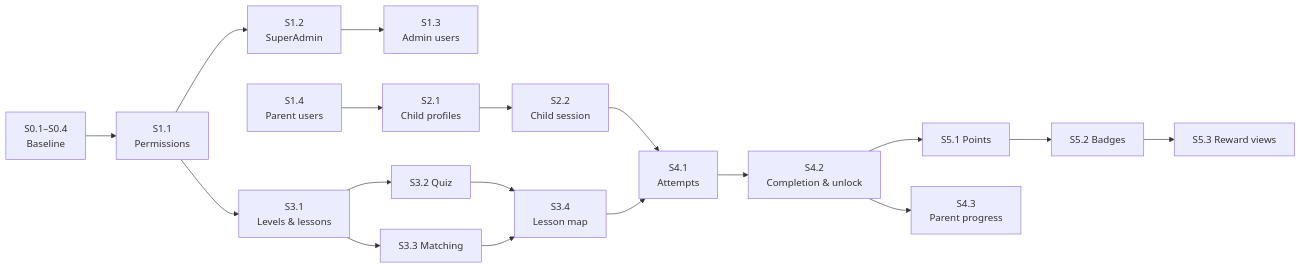
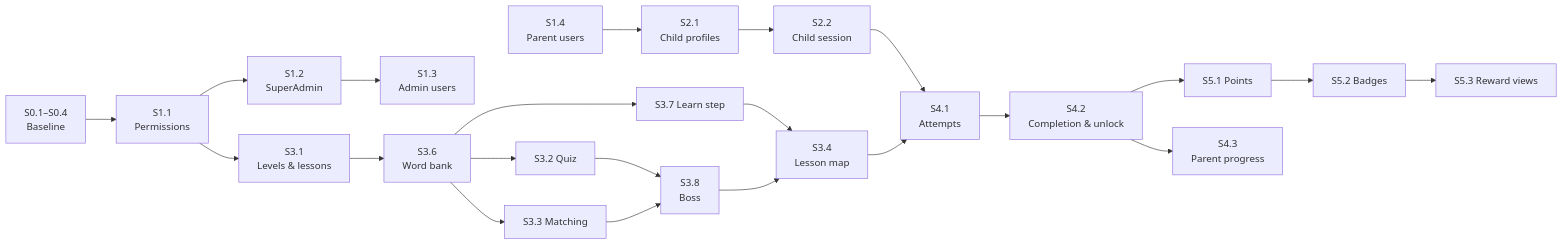
The diagram in docs/roadmap/mvp-implementation-plan.md (vietbui92/EnglishAdventure), drawn with Mermaid before and after one commit. The commit also changed other lines of this file and 81 other files, not shown here.

````diff
--- a/docs/roadmap/mvp-implementation-plan.md
+++ b/docs/roadmap/mvp-implementation-plan.md
@@ -83,13 +86,15 @@
 ```mermaid
 flowchart LR
     S0[S0.1–S0.4<br/>Baseline] --> S11[S1.1<br/>Permissions]
     S11 --> S12[S1.2<br/>SuperAdmin]
     S12 --> S13[S1.3<br/>Admin users]
     S11 --> S31[S3.1<br/>Levels & lessons]
-    S31 --> S32[S3.2 Quiz] & S33[S3.3 Matching]
-    S32 & S33 --> S34[S3.4<br/>Lesson map]
+    S31 --> S36[S3.6<br/>Word bank]
+    S36 --> S37[S3.7 Learn step] & S32[S3.2 Quiz] & S33[S3.3 Matching]
+    S32 & S33 --> S38[S3.8<br/>Boss]
+    S37 & S38 --> S34[S3.4<br/>Lesson map]
     S14[S1.4<br/>Parent users] --> S21[S2.1<br/>Child profiles] --> S22[S2.2<br/>Child session]
     S22 & S34 --> S41[S4.1<br/>Attempts] --> S42[S4.2<br/>Completion & unlock]
     S42 --> S51[S5.1 Points] --> S52[S5.2 Badges] --> S53[S5.3 Reward views]
     S42 --> S43[S4.3<br/>Parent progress]
 ```
````
